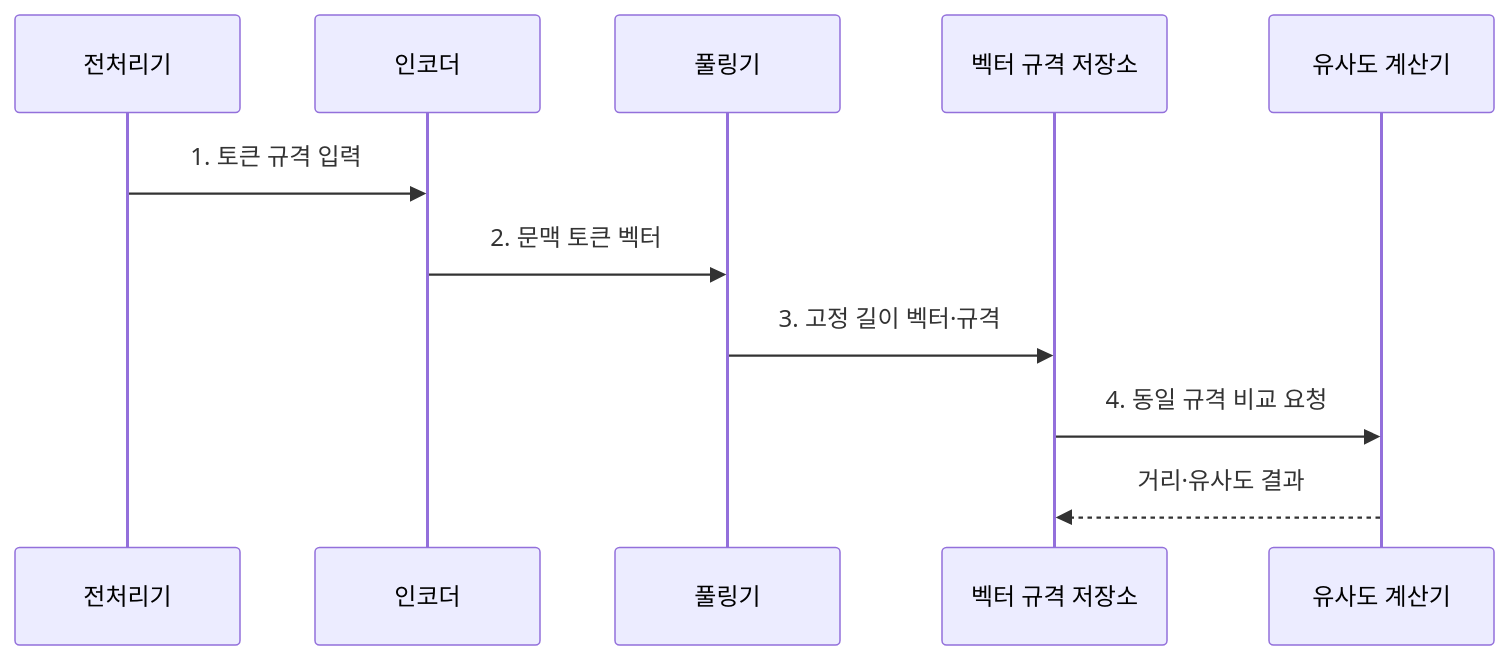
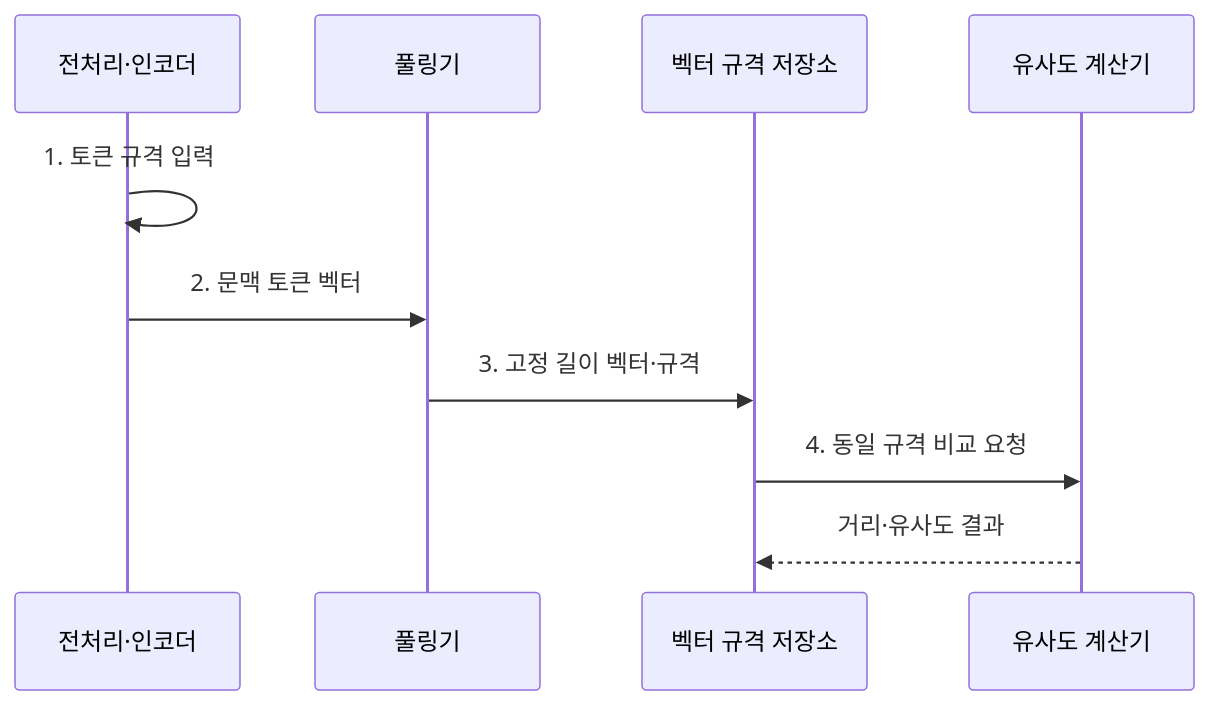
The second of 2 diagrams in src/content/docs/notes/08-latest-tech/076_embedding.md (agnusdei1207/knowledge-base), drawn with Mermaid before and after one commit. The commit also changed 9 other files, not shown here.

Commit message:
Reduce AI pipeline flow participants

````diff
--- a/src/content/docs/notes/08-latest-tech/076_embedding.md
+++ b/src/content/docs/notes/08-latest-tech/076_embedding.md
@@ -104,13 +104,12 @@
 ```mermaid
 sequenceDiagram
-  participant P as 전처리기
-  participant E as 인코더
+  participant E as 전처리·인코더
   participant O as 풀링기
   participant R as 벡터 규격 저장소
   participant S as 유사도 계산기
-  P->>E: 1. 토큰 규격 입력
+  E->>E: 1. 토큰 규격 입력
   E->>O: 2. 문맥 토큰 벡터
   O->>R: 3. 고정 길이 벡터·규격
   R->>S: 4. 동일 규격 비교 요청
   S-->>R: 거리·유사도 결과
 ```
````
